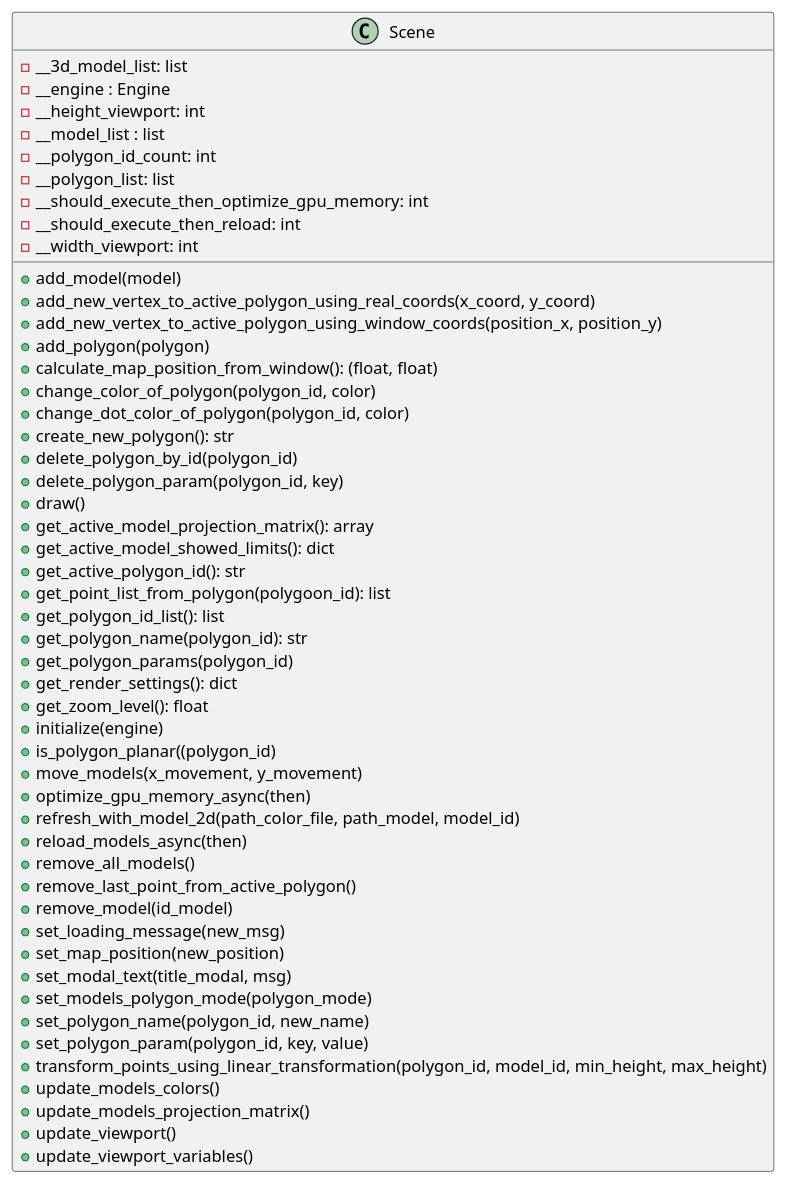
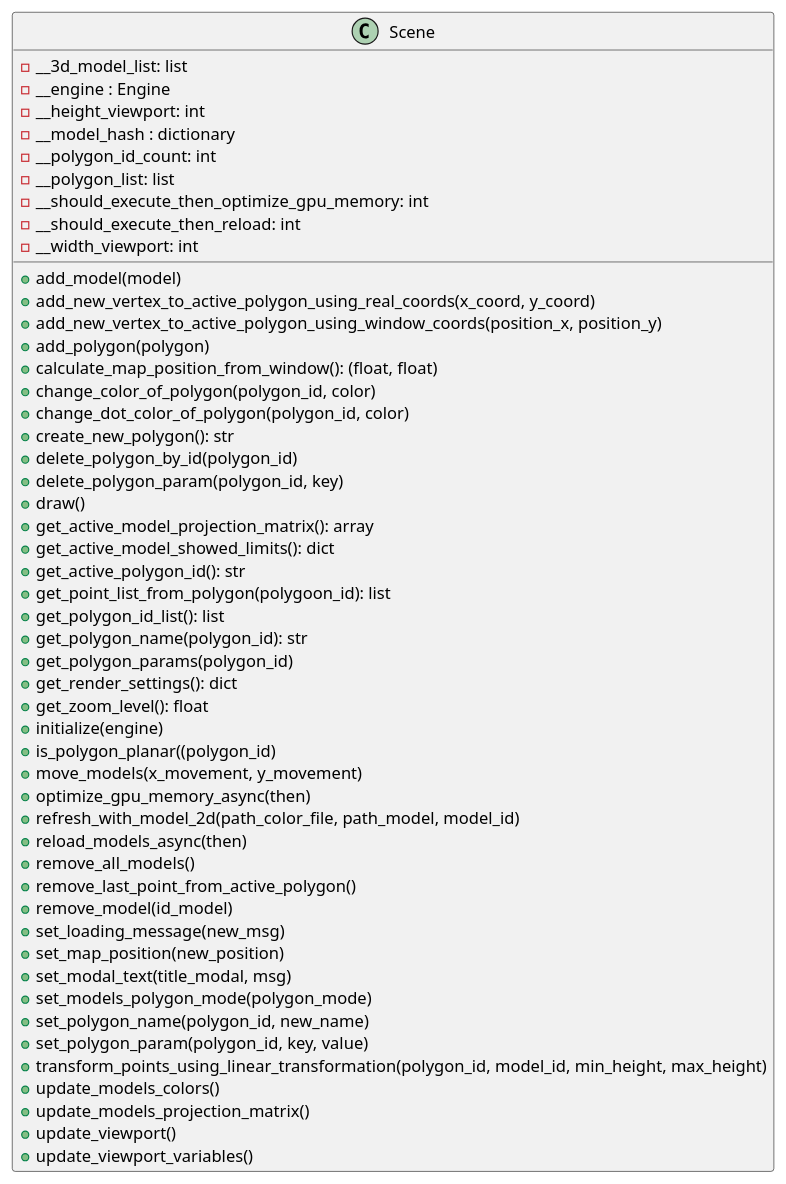
Before and after one commit to ferpoble2/Relief_Creator: the diagram in docs/classes/Scene.puml, drawn with PlantUML.

Commit message:
updated diagram

```diff
--- a/docs/classes/Scene.puml
+++ b/docs/classes/Scene.puml
@@ -1,55 +1,55 @@
 @startuml
             class Scene{
                 + add_model(model)
                 + add_new_vertex_to_active_polygon_using_real_coords(x_coord, y_coord)
                 + add_new_vertex_to_active_polygon_using_window_coords(position_x, position_y)
                 + add_polygon(polygon)
                 + calculate_map_position_from_window(): (float, float)
                 + change_color_of_polygon(polygon_id, color)
                 + change_dot_color_of_polygon(polygon_id, color)
                 + create_new_polygon(): str
                 + delete_polygon_by_id(polygon_id)
                 + delete_polygon_param(polygon_id, key)
                 + draw()
                 + get_active_model_projection_matrix(): array
                 + get_active_model_showed_limits(): dict
                 + get_active_polygon_id(): str
                 + get_point_list_from_polygon(polygoon_id): list
                 + get_polygon_id_list(): list
                 + get_polygon_name(polygon_id): str
                 + get_polygon_params(polygon_id)
                 + get_render_settings(): dict
                 + get_zoom_level(): float
                 + initialize(engine)
                 + is_polygon_planar((polygon_id)
                 + move_models(x_movement, y_movement)
                 + optimize_gpu_memory_async(then)
                 + refresh_with_model_2d(path_color_file, path_model, model_id)
                 + reload_models_async(then)
                 + remove_all_models()
                 + remove_last_point_from_active_polygon()
                 + remove_model(id_model)
                 + set_loading_message(new_msg)
                 + set_map_position(new_position)
                 + set_modal_text(title_modal, msg)
                 + set_models_polygon_mode(polygon_mode)
                 + set_polygon_name(polygon_id, new_name)
                 + set_polygon_param(polygon_id, key, value)
                 + transform_points_using_linear_transformation(polygon_id, model_id, min_height, max_height)
                 + update_models_colors()
                 + update_models_projection_matrix()
                 + update_viewport()
                 + update_viewport_variables()
 
                 - __3d_model_list: list
                 - __engine : Engine
                 - __height_viewport: int
-                - __model_list : list
+                - __model_hash : dictionary
                 - __polygon_id_count: int
                 - __polygon_list: list
                 - __should_execute_then_optimize_gpu_memory: int
                 - __should_execute_then_reload: int
                 - __width_viewport: int
             }
 
 @enduml
```
